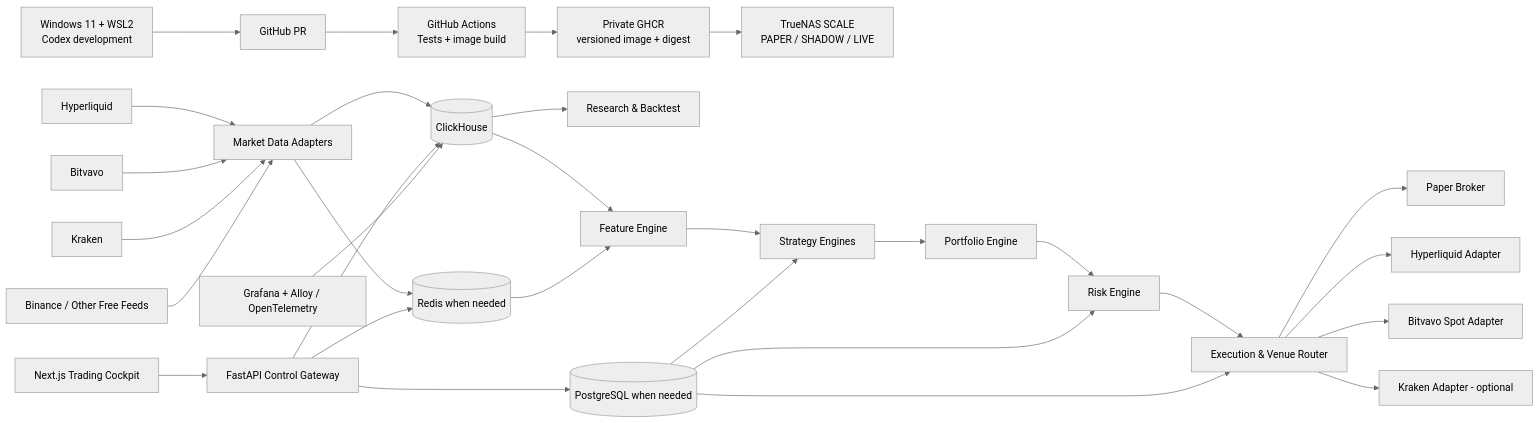
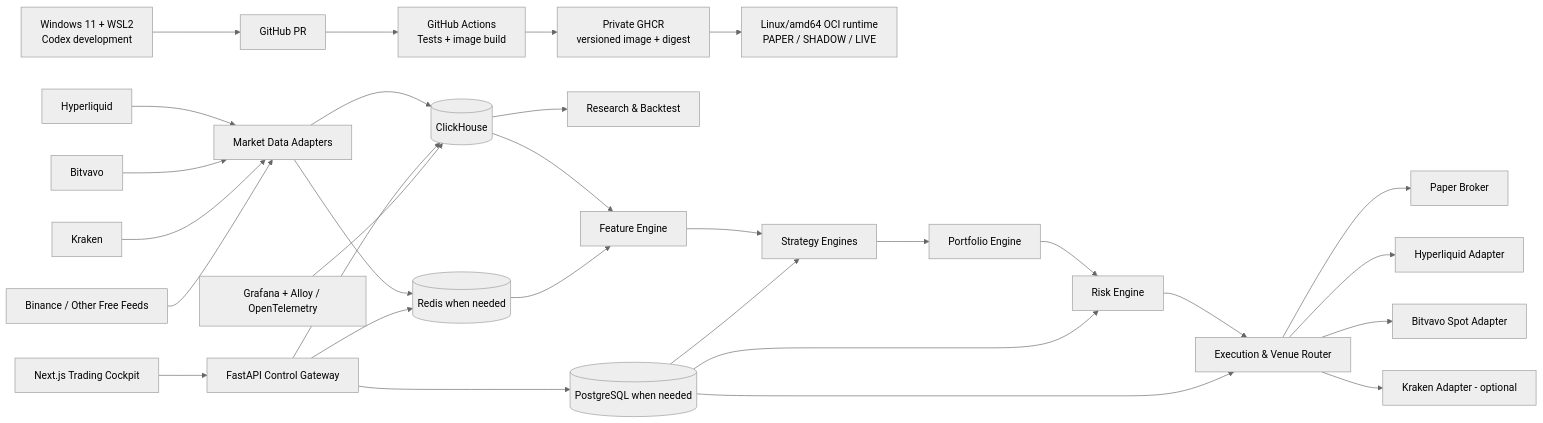
The first of 3 diagrams in docs/ARCHITECTURE.md (daffieeee-arch/Hyperliquid-Bot), drawn with Mermaid (neutral theme) before and after one commit. The commit also changed other lines of this file and 17 other files, not shown here.

Commit message:
docs: checkpoint course 1 architecture correction

````diff
--- a/docs/ARCHITECTURE.md
+++ b/docs/ARCHITECTURE.md
@@ -13,38 +13,38 @@
 ```mermaid
 flowchart LR
     DEV[Windows 11 + WSL2\nCodex development] --> GH[GitHub PR]
     GH --> CI[GitHub Actions\nTests + image build]
     CI --> REG[Private GHCR\nversioned image + digest]
-    REG --> TN[TrueNAS SCALE\nPAPER / SHADOW / LIVE]
+    REG --> RT[Linux/amd64 OCI runtime\nPAPER / SHADOW / LIVE]
 
     HL[Hyperliquid] --> MD[Market Data Adapters]
     BV[Bitvavo] --> MD
     KR[Kraken] --> MD
     BN[Binance / Other Free Feeds] --> MD
     MD --> CH[(ClickHouse)]
     MD --> R[(Redis when needed)]
 
     CH --> Q[Research & Backtest]
     CH --> F[Feature Engine]
     R --> F
     F --> S[Strategy Engines]
     S --> P[Portfolio Engine]
     P --> K[Risk Engine]
     K --> VR[Execution & Venue Router]
 
     VR --> PB[Paper Broker]
     VR --> HE[Hyperliquid Adapter]
     VR --> BE[Bitvavo Spot Adapter]
     VR --> KE[Kraken Adapter - optional]
 
     PG[(PostgreSQL when needed)] --> S
     PG --> K
     PG --> VR
 
     UI[Next.js Trading Cockpit] --> API[FastAPI Control Gateway]
     API --> PG
     API --> R
     API --> CH
 
     O[Grafana + Alloy / OpenTelemetry] --> CH
 ```
````
